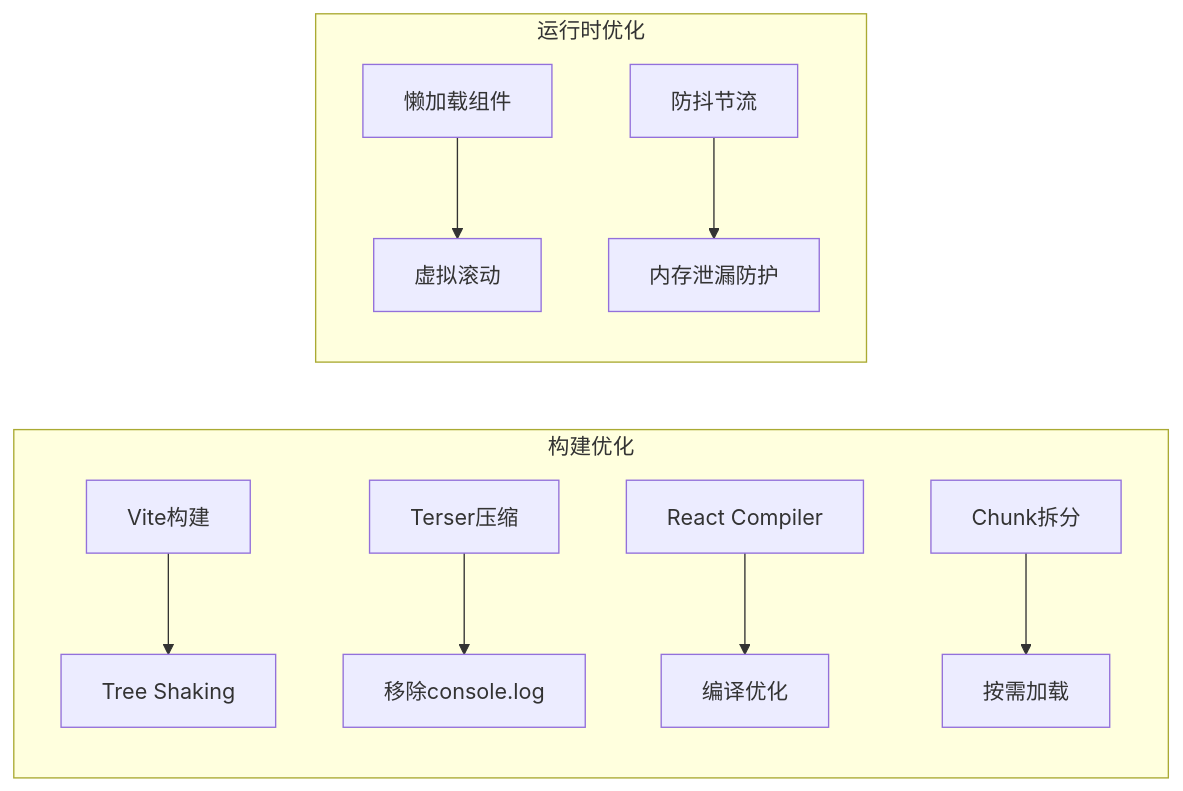
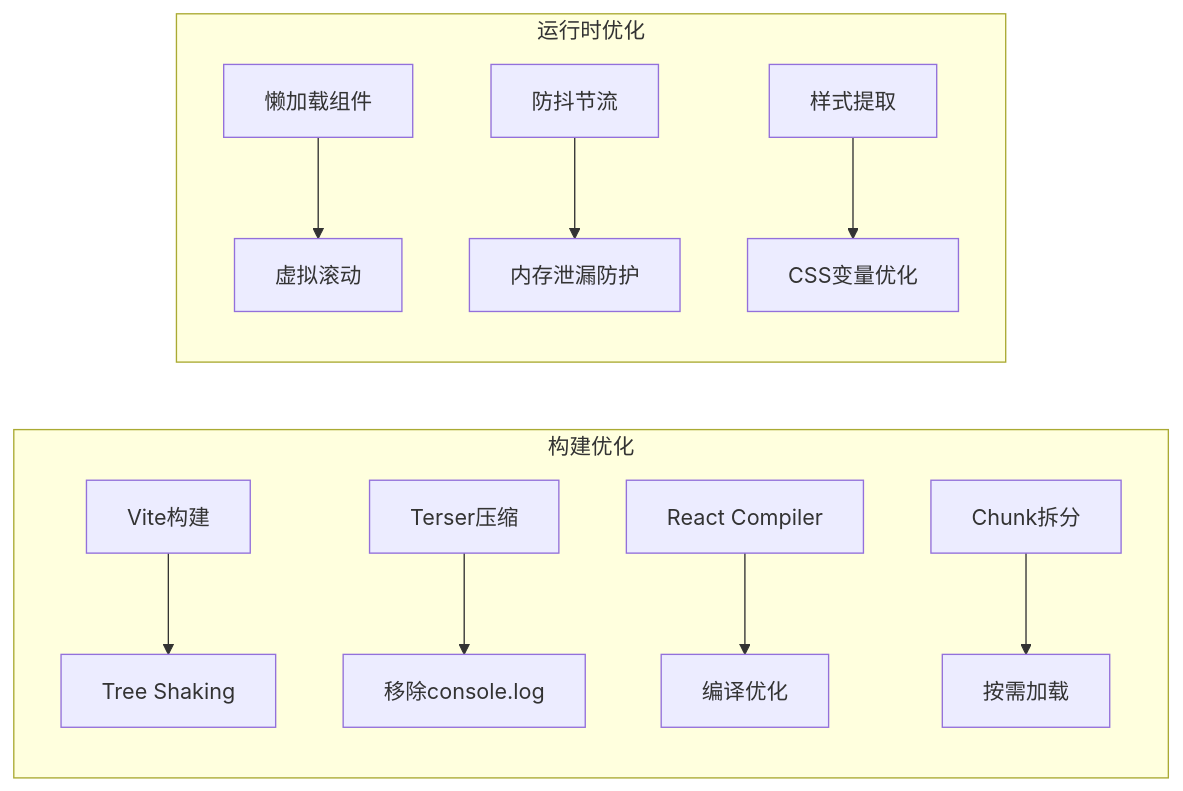
Before and after one commit to RadiumAg/bilibili-favorites: diagram 13 of 16 in .qoder/repowiki/zh/content/开发指南/React最佳实践系统.md, drawn with Mermaid. The commit also changed other lines of this file and 4 other files, not shown here.

````diff
--- a/.qoder/repowiki/zh/content/开发指南/React最佳实践系统.md
+++ b/.qoder/repowiki/zh/content/开发指南/React最佳实践系统.md
@@ -331,13 +525,14 @@
 ```mermaid
 graph LR
 subgraph "构建优化"
 A[Vite构建] --> B[Tree Shaking]
 C[Terser压缩] --> D[移除console.log]
 E[React Compiler] --> F[编译优化]
 G[Chunk拆分] --> H[按需加载]
 end
 subgraph "运行时优化"
 I[懒加载组件] --> J[虚拟滚动]
 K[防抖节流] --> L[内存泄漏防护]
+M[样式提取] --> N[CSS变量优化]
 end
 ```
````
